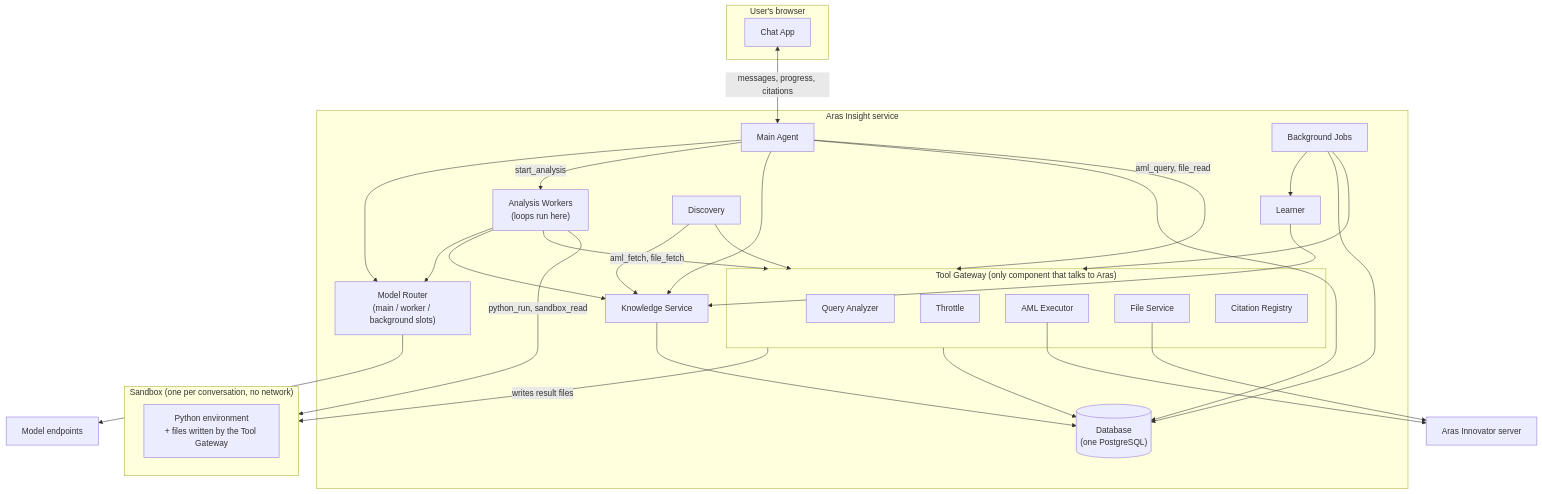
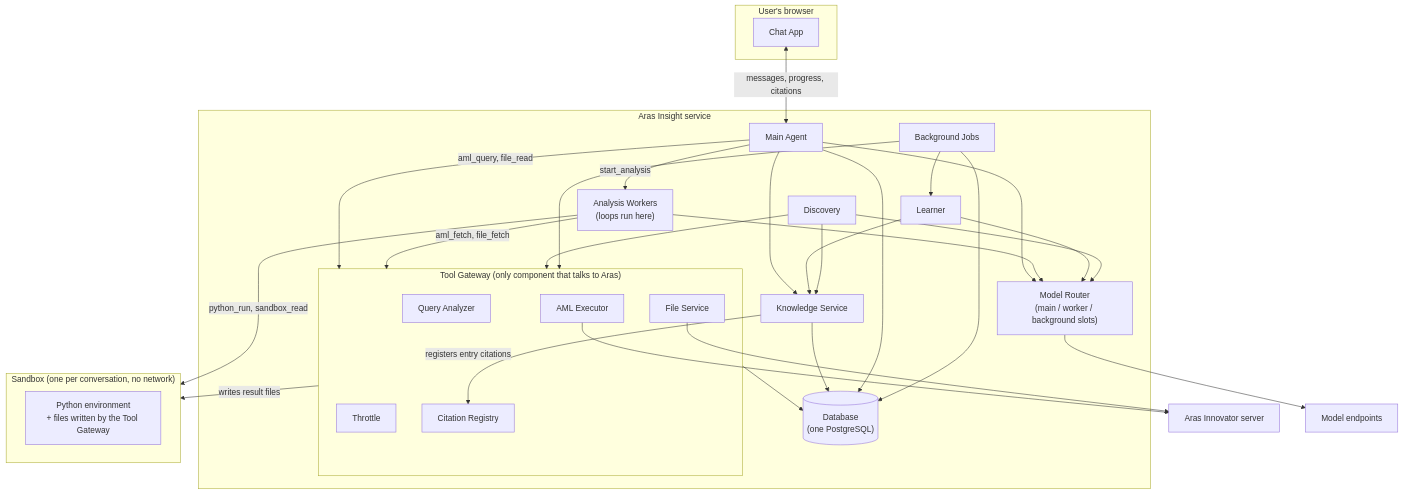
One commit to omkarbhale/aras-insight changed the second of 3 diagrams in docs/architecture/overview.md. Above: the diagram before and after it, drawn with Mermaid. The commit also changed other lines of this file and 99 other files, not shown here.

````diff
--- a/docs/architecture/overview.md
+++ b/docs/architecture/overview.md
@@ -48,54 +48,56 @@
 ```mermaid
 flowchart TB
     subgraph browser["User's browser"]
         chat["Chat App"]
     end
 
     subgraph service["Aras Insight service"]
         main["Main Agent"]
         workers["Analysis Workers<br/>(loops run here)"]
         router["Model Router<br/>(main / worker / background slots)"]
         ks["Knowledge Service"]
         learner["Learner"]
         disc["Discovery"]
         jobs["Background Jobs"]
         subgraph gw["Tool Gateway (only component that talks to Aras)"]
             qa["Query Analyzer"]
             thr["Throttle"]
             exec["AML Executor"]
             fs["File Service"]
             cr["Citation Registry"]
         end
         pg[("Database<br/>(one PostgreSQL)")]
     end
 
     subgraph sbx["Sandbox (one per conversation, no network)"]
         py["Python environment<br/>+ files written by the Tool Gateway"]
     end
 
     aras["Aras Innovator server"]
     models["Model endpoints"]
 
     chat <-->|"messages, progress, citations"| main
     main --> router
     workers --> router
     router --> models
     main -->|"start_analysis"| workers
     main -->|"aml_query, file_read"| gw
     workers -->|"aml_fetch, file_fetch"| gw
     workers -->|"python_run, sandbox_read"| sbx
     gw -->|"writes result files"| sbx
     main --> ks
-    workers --> ks
     learner --> ks
+    learner --> router
     disc --> ks
+    disc --> router
     disc --> gw
+    ks -->|"registers entry citations"| cr
     jobs --> gw
     jobs --> learner
     exec --> aras
     fs --> aras
     ks --> pg
     gw --> pg
     main --> pg
     jobs --> pg
 ```
````
